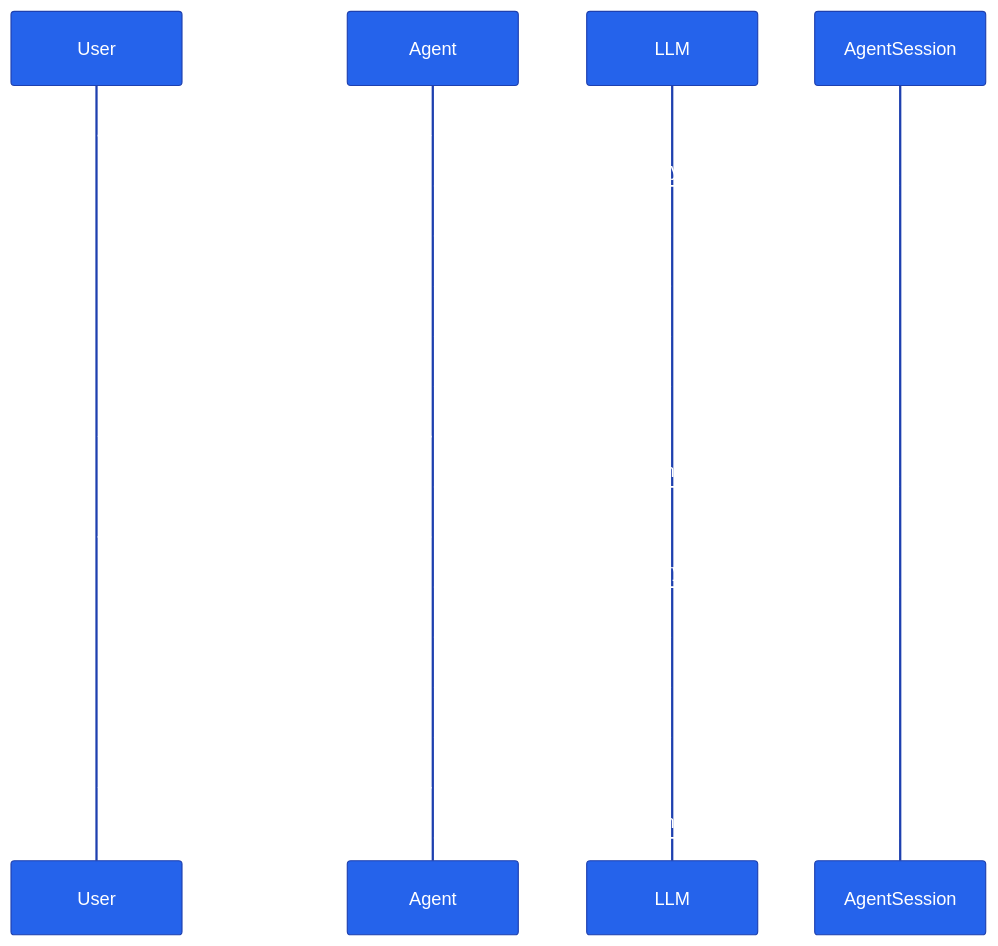
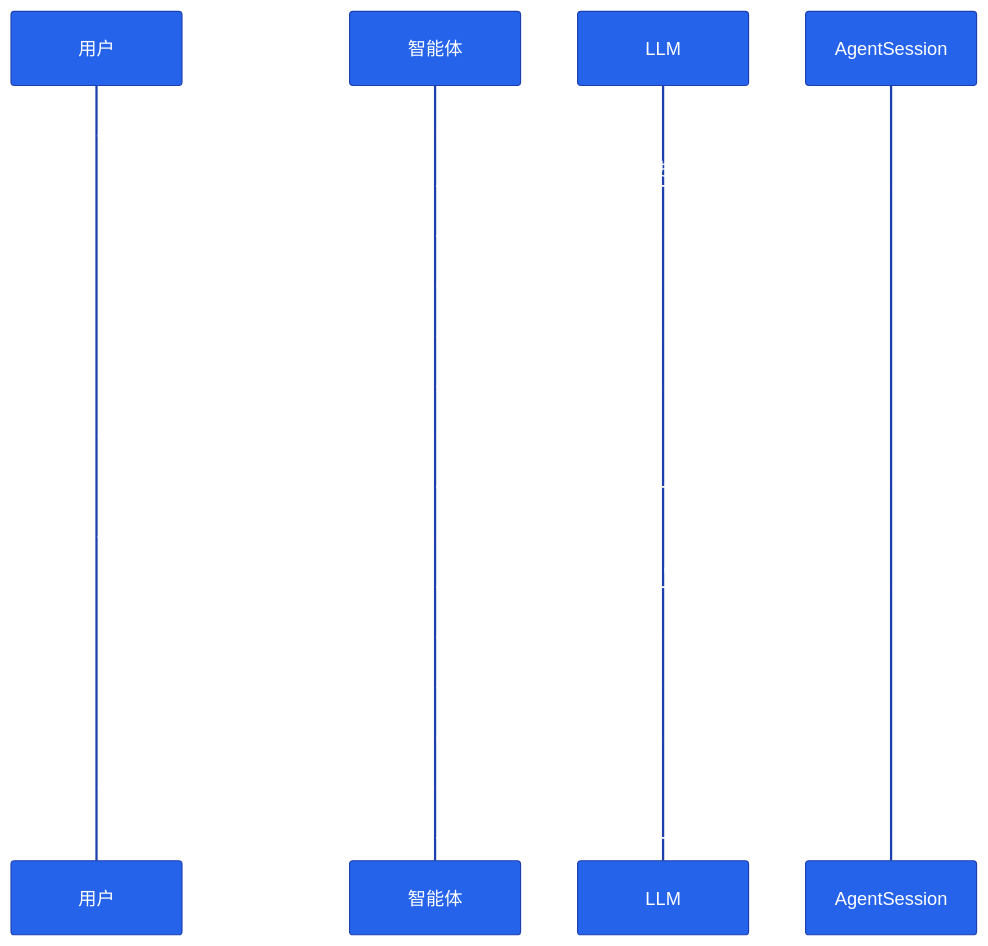
One commit to s1encisi/reliable-commerce-agents changed the diagram in tutorials/03-streaming-and-multiturn/README.md. Above: the diagram before and after it, drawn with Mermaid. The commit also changed other lines of this file and 1033 other files, not shown here.

````diff
--- a/tutorials/03-streaming-and-multiturn/README.md
+++ b/tutorials/03-streaming-and-multiturn/README.md
@@ -25,28 +29,28 @@
 ```mermaid
 %%{init: {'theme':'base', 'themeVariables': {
   'primaryColor': '#2563eb','primaryTextColor': '#ffffff','primaryBorderColor': '#1e40af',
   'lineColor': '#64748b','secondaryColor': '#f59e0b','tertiaryColor': '#10b981',
   'background': 'transparent'}}}%%
 sequenceDiagram
-  participant U as User
-  participant A as Agent
+  participant U as 用户
+  participant A as 智能体
   participant L as LLM
   participant S as AgentSession
 
-  U->>A: run("What is Python?", session)
-  A->>S: read history (empty)
-  A->>L: prompt + history
+  U->>A: run("Python 是什么？", session)
+  A->>S: 读取历史（空）
+  A->>L: 提示词 + 历史
   L-->>A: token
   L-->>A: token
   L-->>A: token
-  A-->>U: streamed chunks
-  A->>S: append turn 1 (Q + A)
+  A-->>U: 流式分片
+  A->>S: 追加第 1 轮（问 + 答）
 
-  U->>A: run("How old is it?", session)
-  A->>S: read history (turn 1)
-  A->>L: prompt + full history
+  U->>A: run("它多大了？", session)
+  A->>S: 读取历史（第 1 轮）
+  A->>L: 提示词 + 完整历史
   L-->>A: token
   L-->>A: token
-  A-->>U: streamed chunks ("1991")
-  A->>S: append turn 2 (Q + A)
+  A-->>U: 流式分片（"1991"）
+  A->>S: 追加第 2 轮（问 + 答）
 ```
````
